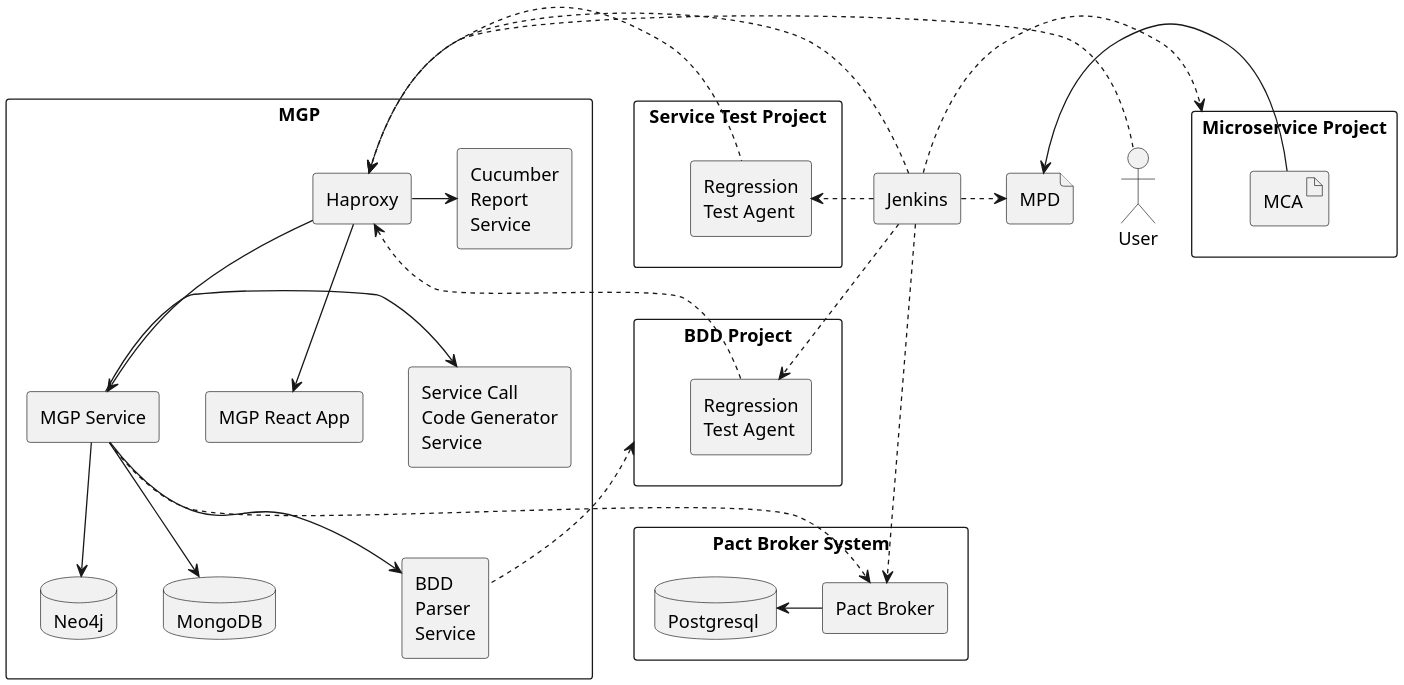
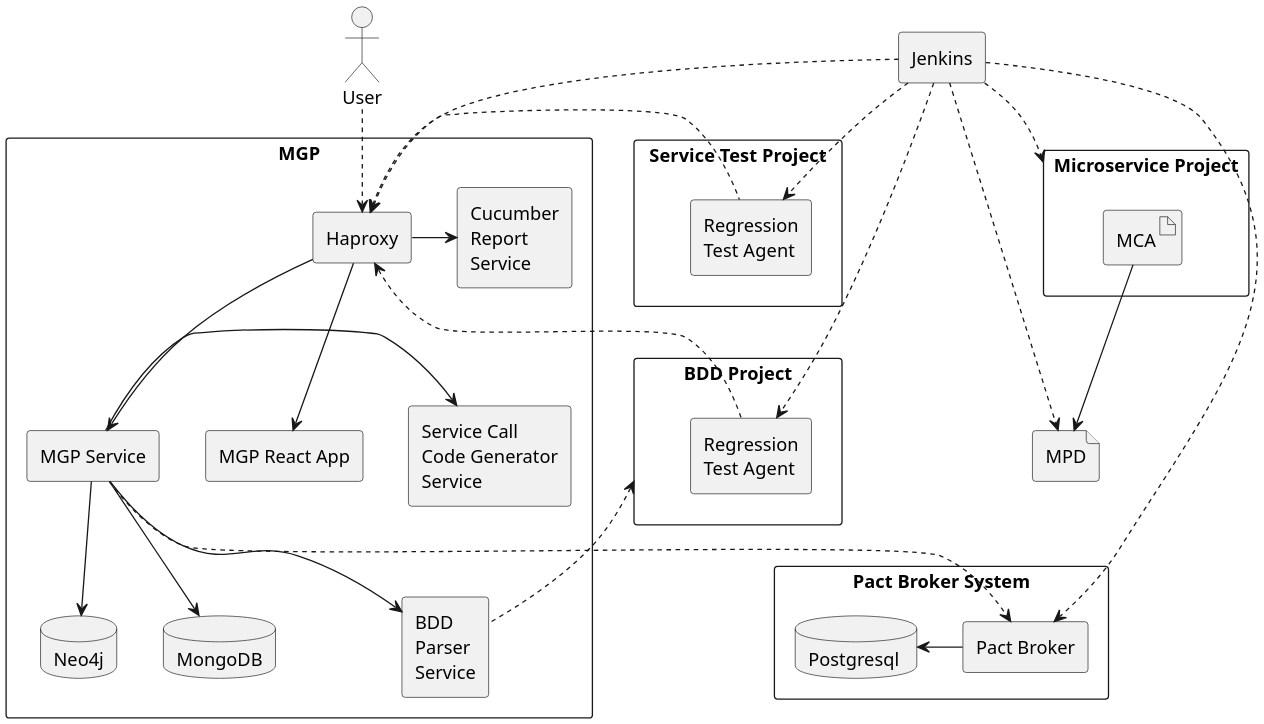
Before and after one commit to b4456609/mgp-back: the diagram in diagram/deployment.puml, drawn with PlantUML.

```diff
--- a/diagram/deployment.puml
+++ b/diagram/deployment.puml
@@ -1,54 +1,54 @@
 @startuml
 scale 2
 'left to right direction
 Actor User as u
 rectangle Jenkins as j
 
 rectangle "Pact Broker System" {
     rectangle "Pact Broker" as pb
     database "Postgresql " as pg
     pb -l-> pg
 }
 rectangle "Microservice Project" as mp {
     artifact MCA as mca
 }
 rectangle "BDD Project" as bddp {
     rectangle "Regression\nTest Agent" as bta
 }
 rectangle "Service Test Project" as stp {
     rectangle "Regression\nTest Agent" as sta
 }
 file MPD as mpd
 rectangle "MGP"{
     rectangle Haproxy as ha
     rectangle "MGP React App" as ra
     rectangle "Service Call\nCode Generator\nService" as cg
     rectangle "BDD\nParser\nService" as bp
     rectangle "Cucumber\nReport\nService" as cr
     rectangle "MGP Service" as ab
     database "Neo4j" as n
     database "MongoDB" as m
     ha -d-> ra
     ha -> cr
     ha -d-> ab
     ab -d-> n
     ab -d-> m
     ab -> cg
     ab -d-> bp
 }
 j .> pb
 j .> sta
 j .> bta
 ha <. sta
 ha <. bta
 bp .u.> bddp
-u .> ha
-j .> ha
+u .d.> ha
+j .d.> ha
 ab .d.> pb
-j .> mp
-mca -> mpd
+j .d.> mp
+mca -d-> mpd
 j .> mpd
 
 stp -[hidden]d-> bddp
 'bddp -[hidden]-> pb
 @enduml
```
